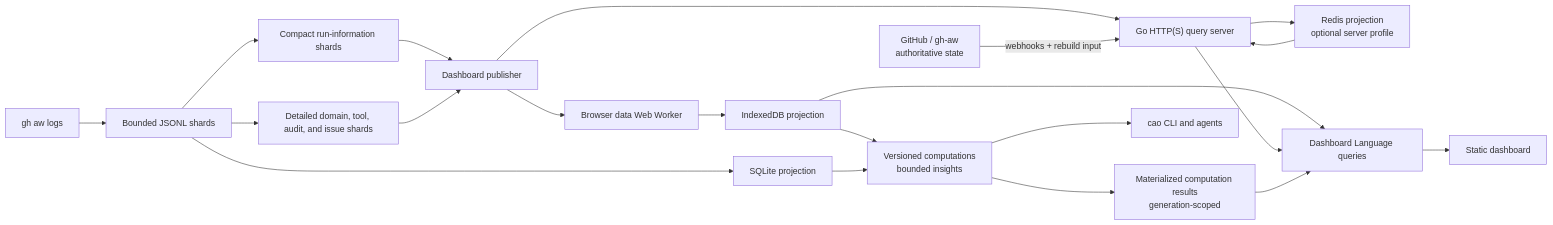
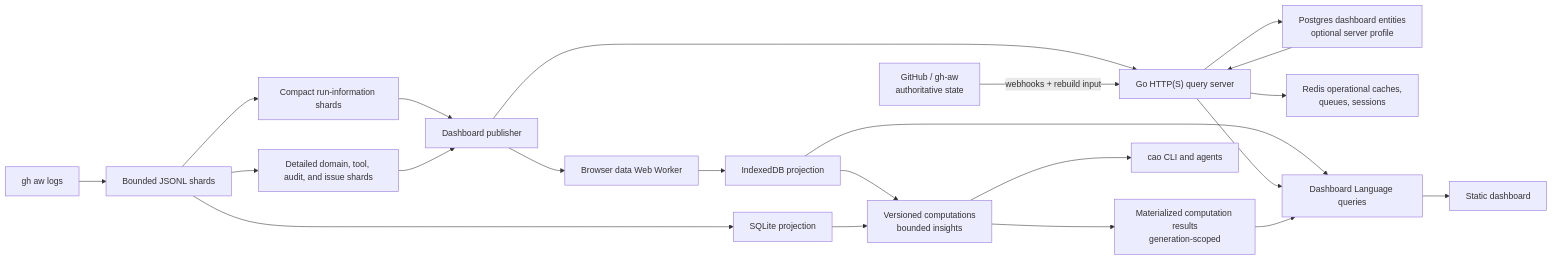
The second of 2 diagrams in ARCHITECTURE.md (bradygaster/gh-aw-cao), drawn with Mermaid before and after one commit. The commit also changed other lines of this file and 95 other files, not shown here.

First line of the commit message:
Replace Redis dashboard storage and queries with Postgres (#15576)

````diff
--- a/ARCHITECTURE.md
+++ b/ARCHITECTURE.md
@@ -70,35 +70,37 @@
 ```mermaid
 flowchart LR
     Logs["gh aw logs"]
     Shards["Bounded JSONL shards"]
     Runs["Compact run-information shards"]
     Records["Detailed domain, tool, audit, and issue shards"]
     SQLite["SQLite projection"]
     Publisher["Dashboard publisher"]
     Worker["Browser data Web Worker"]
     IndexedDB["IndexedDB projection"]
-    Redis["Redis projection<br/>optional server profile"]
+    Postgres["Postgres dashboard entities<br/>optional server profile"]
+    Redis["Redis operational caches,<br/>queues, sessions"]
     Query["Dashboard Language queries"]
     GoServer["Go HTTP(S) query server"]
     GitHub["GitHub / gh-aw<br/>authoritative state"]
     Compute["Versioned computations<br/>bounded insights"]
     Results["Materialized computation results<br/>generation-scoped"]
     UI["Static dashboard"]
     CLI["cao CLI and agents"]
 
     Logs --> Shards
     Shards --> SQLite
     Shards --> Runs
     Shards --> Records
     Runs --> Publisher
     Records --> Publisher --> Worker
     Worker --> IndexedDB
     IndexedDB --> Query
-    Publisher --> GoServer --> Redis
+    Publisher --> GoServer --> Postgres
     GitHub -->|"webhooks + rebuild input"| GoServer
-    Redis --> GoServer --> Query
+    GoServer --> Redis
+    Postgres --> GoServer --> Query
     IndexedDB --> Compute --> Results --> Query
     SQLite --> Compute
     Query --> UI
     Compute --> CLI
 ```
````
